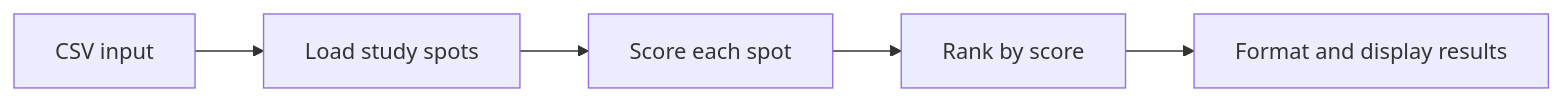
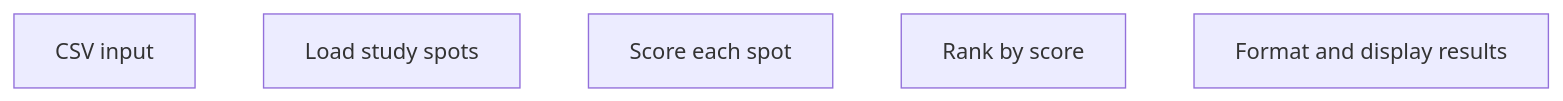
The diagram in diagram.mmd (jtoalu/ai110-tinker-studysync-starter), drawn with Mermaid before and after one commit.

Commit message:
add code for the Diagram the Pipeline task

```diff
--- a/diagram.mmd
+++ b/diagram.mmd
@@ -1,5 +1,7 @@
 flowchart LR
     A[CSV input] --> B[Load study spots]
     B --> C[Score each spot]
     C --> D[Rank by score]
     D --> E[Format and display results]
+
+    linkStyle default stroke:#fff,stroke-width:2px
```
